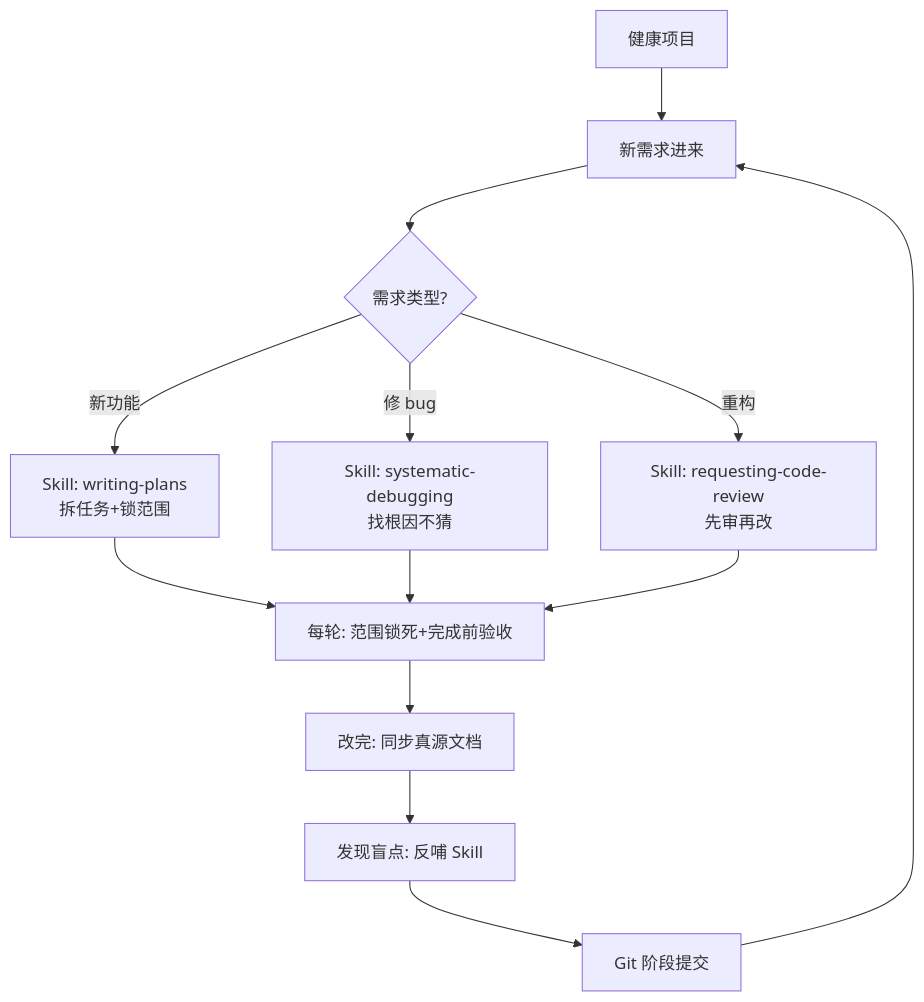
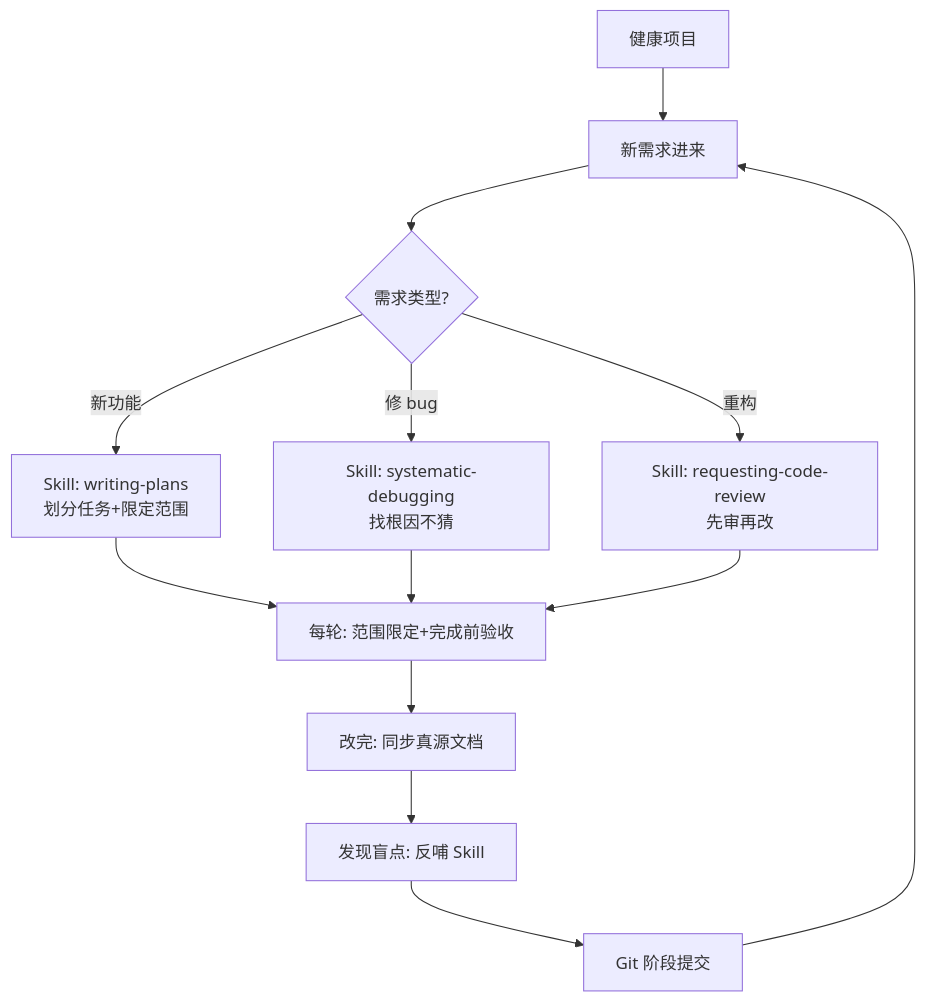
Before and after one commit to GassamFlower/vibe_coding_KnowledgeBase-: the seventh of 10 diagrams in docs/项目可视化流程手册.md, drawn with Mermaid. The commit also changed other lines of this file and 74 other files, not shown here.

````diff
--- a/docs/项目可视化流程手册.md
+++ b/docs/项目可视化流程手册.md
@@ -404,18 +407,18 @@
 ```mermaid
 flowchart TD
     A[健康项目] --> B[新需求进来]
     B --> C{需求类型?}
 
-    C -->|新功能| D[Skill: writing-plans<br/>拆任务+锁范围]
+    C -->|新功能| D[Skill: writing-plans<br/>划分任务+限定范围]
     C -->|修 bug| E[Skill: systematic-debugging<br/>找根因不猜]
     C -->|重构| F[Skill: requesting-code-review<br/>先审再改]
 
-    D --> G[每轮: 范围锁死+完成前验收]
+    D --> G[每轮: 范围限定+完成前验收]
     E --> G
     F --> G
 
     G --> H[改完: 同步真源文档]
     H --> I[发现盲点: 反哺 Skill]
     I --> J[Git 阶段提交]
     J --> B
 ```
````
